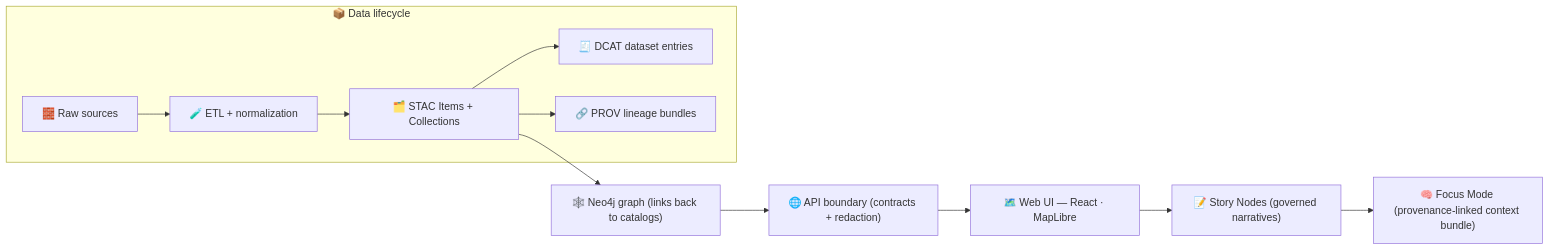
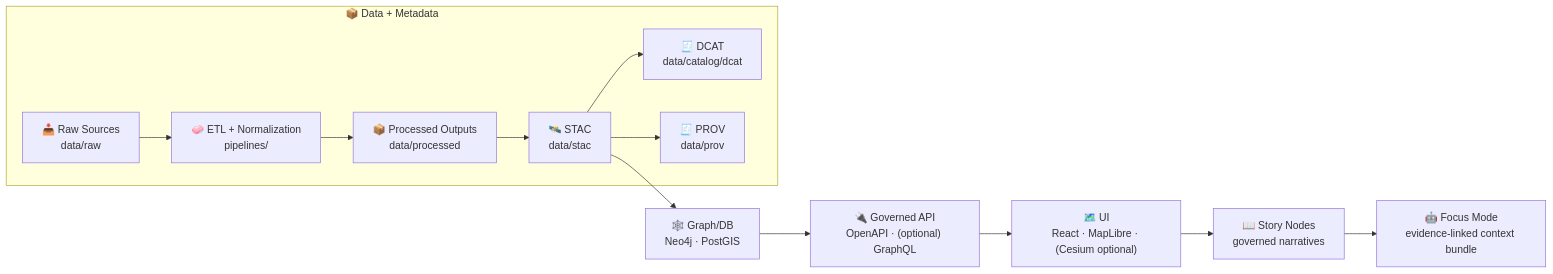
One commit to bartytime4life/Kansas-Frontier-Matrix changed the diagram in README.md. Above: the diagram before and after it, drawn with Mermaid. The commit also changed other lines of this file, not shown here.

````diff
--- a/README.md
+++ b/README.md
@@ -75,15 +138,16 @@
 ```mermaid
 flowchart LR
-  subgraph Data["📦 Data lifecycle"]
-    A["🧱 Raw sources"] --> B["🧪 ETL + normalization"]
-    B --> C["🗂️ STAC Items + Collections"]
-    C --> D["🧾 DCAT dataset entries"]
-    C --> E["🔗 PROV lineage bundles"]
+  subgraph Data["📦 Data + Metadata"]
+    A["📥 Raw Sources<br/>data/raw"] --> B["🧼 ETL + Normalization<br/>pipelines/"]
+    B --> C["📦 Processed Outputs<br/>data/processed"]
+    C --> S["🛰️ STAC<br/>data/stac"]
+    S --> D["🧾 DCAT<br/>data/catalog/dcat"]
+    S --> P["🧾 PROV<br/>data/prov"]
   end
 
-  C --> G["🕸️ Neo4j graph (links back to catalogs)"]
-  G --> H["🌐 API boundary (contracts + redaction)"]
-  H --> I["🗺️ Web UI — React · MapLibre"]
-  I --> J["📝 Story Nodes (governed narratives)"]
-  J --> K["🧠 Focus Mode (provenance-linked context bundle)"]
+  S --> G["🕸️ Graph/DB<br/>Neo4j · PostGIS"]
+  G --> H["🔌 Governed API<br/>OpenAPI · (optional) GraphQL"]
+  H --> I["🗺️ UI<br/>React · MapLibre · (Cesium optional)"]
+  I --> J["📖 Story Nodes<br/>governed narratives"]
+  J --> K["🤖 Focus Mode<br/>evidence-linked context bundle"]
 ```
````
